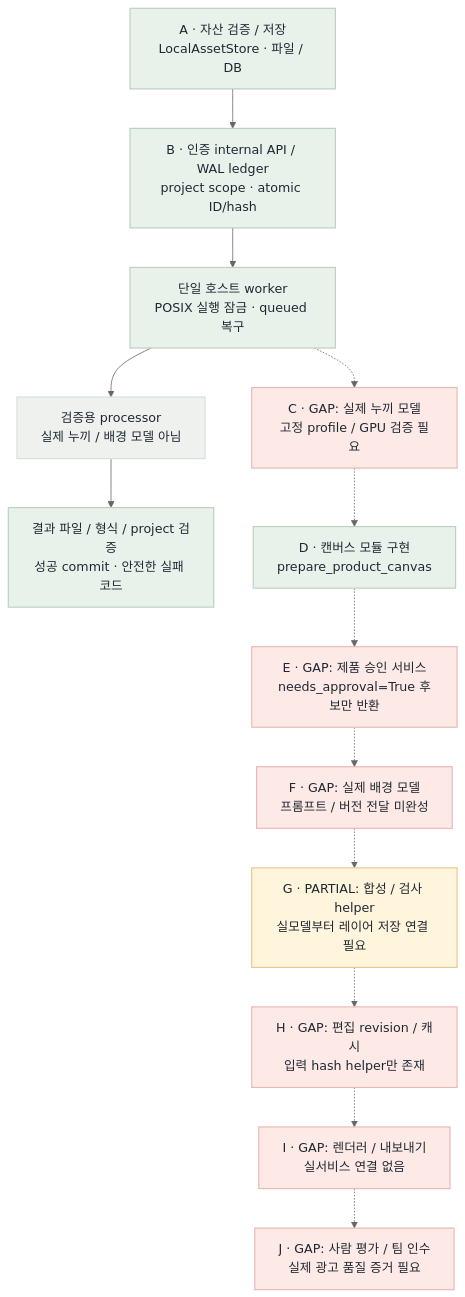
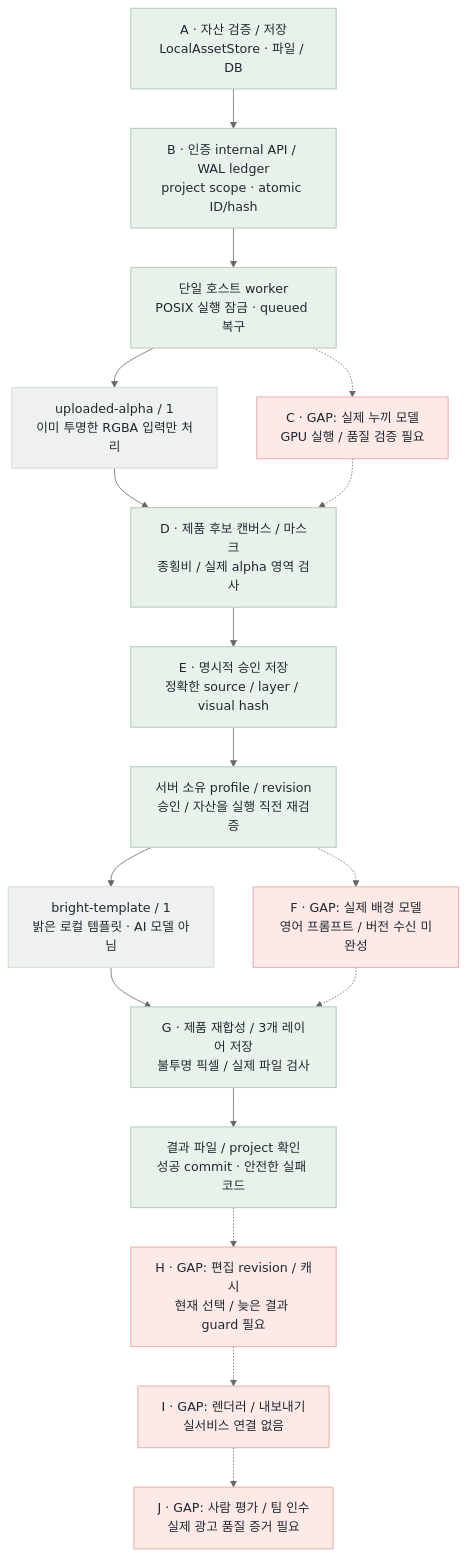
One commit to uyt5041-lab/beauty-ai-models changed the second of 2 diagrams in fivecircles/architecture/spec/image-runtime-flow.md. Above: the diagram before and after it, drawn with Mermaid (neutral theme). The commit also changed other lines of this file and 29 other files, not shown here.

Commit message:
feat: add explicit product approval and local image runtime

````diff
--- a/fivecircles/architecture/spec/image-runtime-flow.md
+++ b/fivecircles/architecture/spec/image-runtime-flow.md
@@ -41,24 +39,27 @@
 ```mermaid
 flowchart TB
     A["A · 자산 검증 / 저장<br/>LocalAssetStore · 파일 / DB"]:::green
     B["B · 인증 internal API / WAL ledger<br/>project scope · atomic ID/hash"]:::green
     W["단일 호스트 worker<br/>POSIX 실행 잠금 · queued 복구"]:::green
-    T["검증용 processor<br/>실제 누끼 / 배경 모델 아님"]:::gray
-    R["결과 파일 / 형식 / project 검증<br/>성공 commit · 안전한 실패 코드"]:::green
-    C["C · GAP: 실제 누끼 모델<br/>고정 profile / GPU 검증 필요"]:::red
-    D["D · 캔버스 모듈 구현<br/>prepare_product_canvas"]:::green
-    E["E · GAP: 제품 승인 서비스<br/>needs_approval=True 후보만 반환"]:::red
-    F["F · GAP: 실제 배경 모델<br/>프롬프트 / 버전 전달 미완성"]:::red
-    G["G · PARTIAL: 합성 / 검사 helper<br/>실모델부터 레이어 저장 연결 필요"]:::amber
-    H["H · GAP: 편집 revision / 캐시<br/>입력 hash helper만 존재"]:::red
+    U["uploaded-alpha / 1<br/>이미 투명한 RGBA 입력만 처리"]:::gray
+    C["C · GAP: 실제 누끼 모델<br/>GPU 실행 / 품질 검증 필요"]:::red
+    D["D · 제품 후보 캔버스 / 마스크<br/>종횡비 / 실제 alpha 영역 검사"]:::green
+    E["E · 명시적 승인 저장<br/>정확한 source / layer / visual hash"]:::green
+    P["서버 소유 profile / revision<br/>승인 / 자산을 실행 직전 재검증"]:::green
+    T["bright-template / 1<br/>밝은 로컬 템플릿 · AI 모델 아님"]:::gray
+    F["F · GAP: 실제 배경 모델<br/>영어 프롬프트 / 버전 수신 미완성"]:::red
+    G["G · 제품 재합성 / 3개 레이어 저장<br/>불투명 픽셀 / 실제 파일 검사"]:::green
+    R["결과 파일 / project 확인<br/>성공 commit · 안전한 실패 코드"]:::green
+    H["H · GAP: 편집 revision / 캐시<br/>현재 선택 / 늦은 결과 guard 필요"]:::red
     I["I · GAP: 렌더러 / 내보내기<br/>실서비스 연결 없음"]:::red
     J["J · GAP: 사람 평가 / 팀 인수<br/>실제 광고 품질 증거 필요"]:::red
-    A --> B --> W
-    W --> T --> R
-    W -.-> C -.-> D -.-> E -.-> F -.-> G -.-> H -.-> I -.-> J
+    A --> B --> W --> U --> D --> E --> P --> T --> G --> R
+    W -.-> C -.-> D
+    P -.-> F -.-> G
+    R -.-> H -.-> I -.-> J
 classDef green fill:#e8f2ea,stroke:#bdd1c2,color:#1f2933,stroke-width:1.5px
 classDef blue fill:#e8f0f7,stroke:#c2d3e0,color:#1f2933,stroke-width:1.5px
 classDef amber fill:#fff4dc,stroke:#e7c88f,color:#1f2933,stroke-width:1.5px
 classDef red fill:#fde9e6,stroke:#e8bab5,color:#1f2933,stroke-width:1.5px
 classDef gray fill:#eef1ed,stroke:#d8e0da,color:#1f2933,stroke-width:1.5px
 ```
````
